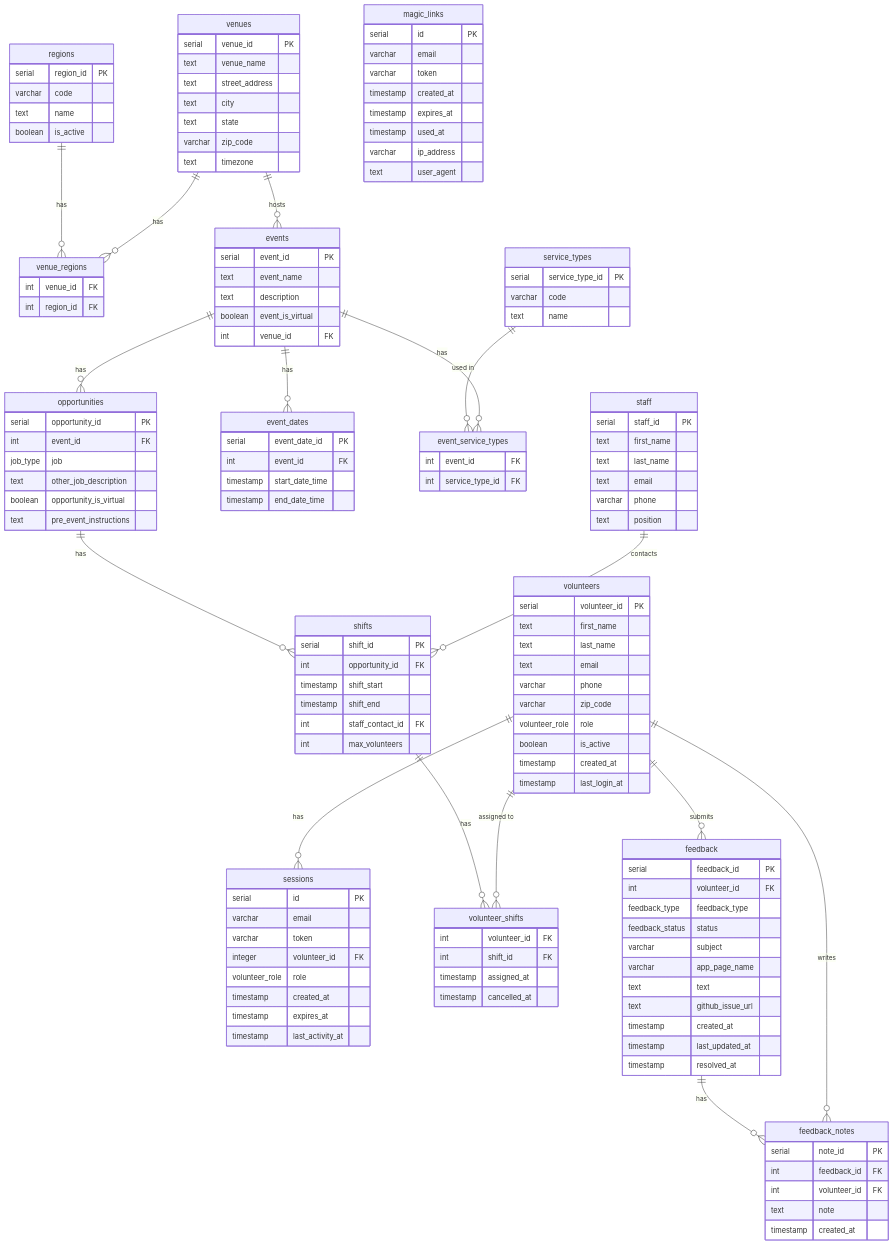
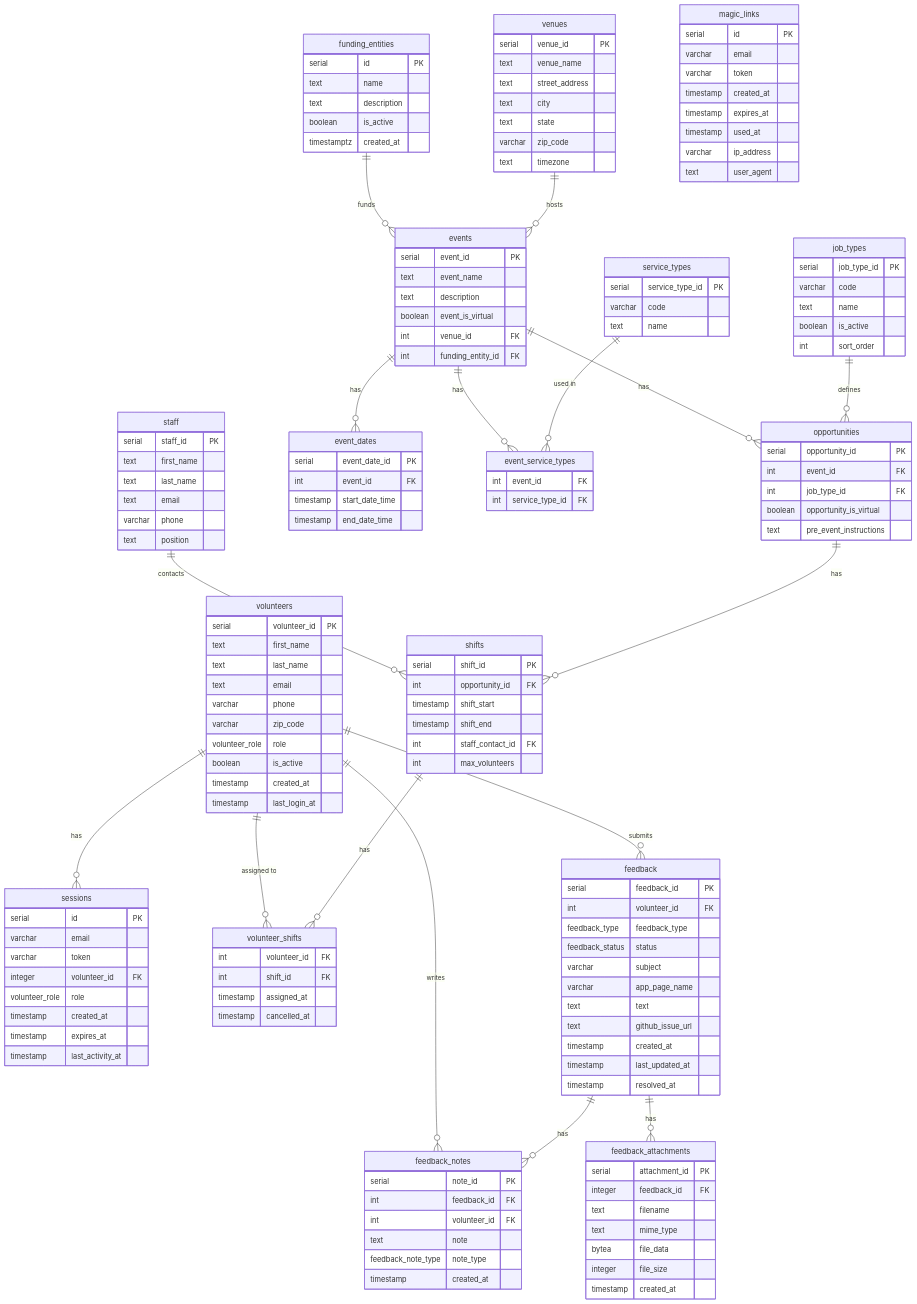
The diagram in database/README.md (KathySnider/volunteer-scheduler), drawn with Mermaid before and after one commit. The commit also changed other lines of this file and 82 other files, not shown here.

Commit message:
Added funding entities; more tests; consolidated migrations.

````diff
--- a/database/README.md
+++ b/database/README.md
@@ -26,15 +26,12 @@
     varchar zip_code
     text timezone
   }
-  regions {
-    serial region_id PK
-    varchar code
+  funding_entities {
+    serial id PK
     text name
+    text description
     boolean is_active
-  }
-  venue_regions {
-    int venue_id FK
-    int region_id FK
+    timestamptz created_at
   }
   volunteers {
     serial volunteer_id PK
@@ -82,6 +79,7 @@
     text description
     boolean event_is_virtual
     int venue_id FK
+    int funding_entity_id FK
   }
   event_dates {
     serial event_date_id PK
@@ -98,11 +96,17 @@
     int event_id FK
     int service_type_id FK
   }
+  job_types {
+    serial job_type_id PK
+    varchar code
+    text name
+    boolean is_active
+    int sort_order
+  }
   opportunities {
     serial opportunity_id PK
     int event_id FK
-    job_type job
-    text other_job_description
+    int job_type_id FK
     boolean opportunity_is_virtual
     text pre_event_instructions
   }
@@ -138,11 +142,20 @@
     int feedback_id FK
     int volunteer_id FK
     text note
+    feedback_note_type note_type
+    timestamp created_at
+  }
+  feedback_attachments {
+    serial attachment_id PK
+    integer feedback_id FK
+    text filename
+    text mime_type
+    bytea file_data
+    integer file_size
     timestamp created_at
   }
 
-  venues ||--o{ venue_regions : "has"
-  regions ||--o{ venue_regions : "has"
+  funding_entities ||--o{ events : "funds"
   venues ||--o{ events : "hosts"
   volunteers ||--o{ sessions : "has"
   volunteers ||--o{ volunteer_shifts : "assigned to"
@@ -153,7 +166,9 @@
   events ||--o{ event_service_types : "has"
   service_types ||--o{ event_service_types : "used in"
   events ||--o{ opportunities : "has"
+  job_types ||--o{ opportunities : "defines"
   opportunities ||--o{ shifts : "has"
   shifts ||--o{ volunteer_shifts : "has"
   feedback ||--o{ feedback_notes : "has"
+  feedback ||--o{ feedback_attachments : "has"
 ```
````
